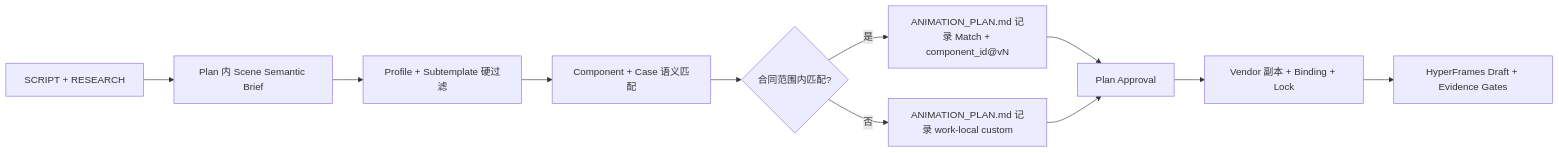
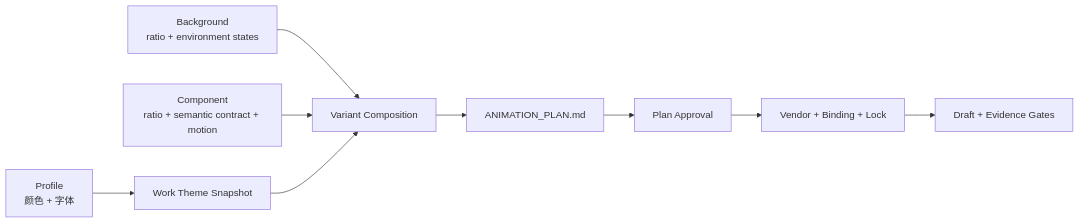
Before and after one commit to alcor-ming/hyperframes-AI: the diagram in docs/PRD/PRD_MASTER.md, drawn with Mermaid. The commit also changed other lines of this file and 2 other files, not shown here.

Commit message:
docs: decouple HyperFrames visual asset contracts

````diff
--- a/docs/PRD/PRD_MASTER.md
+++ b/docs/PRD/PRD_MASTER.md
@@ -58,13 +56,11 @@
 ```mermaid
 flowchart LR
-    A["SCRIPT + RESEARCH"] --> B["Plan 内 Scene Semantic Brief"]
-    B --> C["Profile + Subtemplate 硬过滤"]
-    C --> D["Component + Case 语义匹配"]
-    D --> E{"合同范围内匹配?"}
-    E -->|是| F["ANIMATION_PLAN.md 记录 Match + component_id@vN"]
-    E -->|否| G["ANIMATION_PLAN.md 记录 work-local custom"]
-    F --> H["Plan Approval"]
-    G --> H
-    H --> I["Vendor 副本 + Binding + Lock"]
-    I --> J["HyperFrames Draft + Evidence Gates"]
+    A["Profile<br/>颜色 + 字体"] --> D["Work Theme Snapshot"]
+    B["Background<br/>ratio + environment states"] --> E["Variant Composition"]
+    C["Component<br/>ratio + semantic contract + motion"] --> E
+    D --> E
+    E --> F["ANIMATION_PLAN.md"]
+    F --> G["Plan Approval"]
+    G --> H["Vendor + Binding + Lock"]
+    H --> I["Draft + Evidence Gates"]
 ```
````
